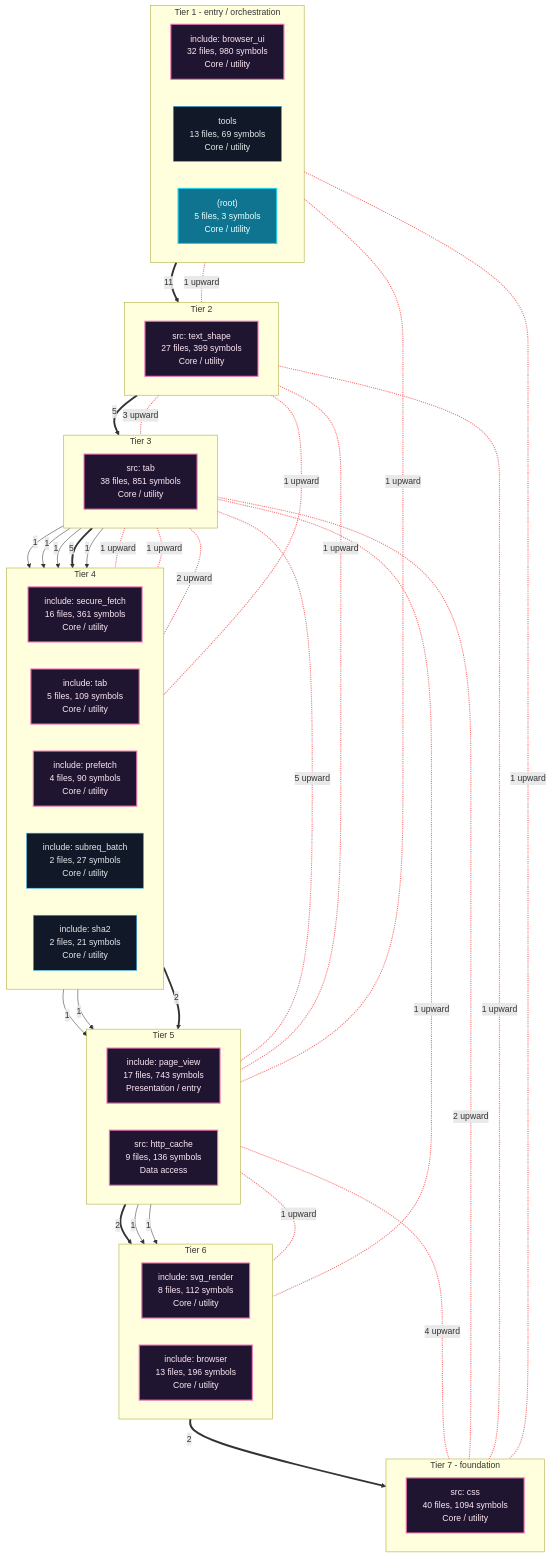
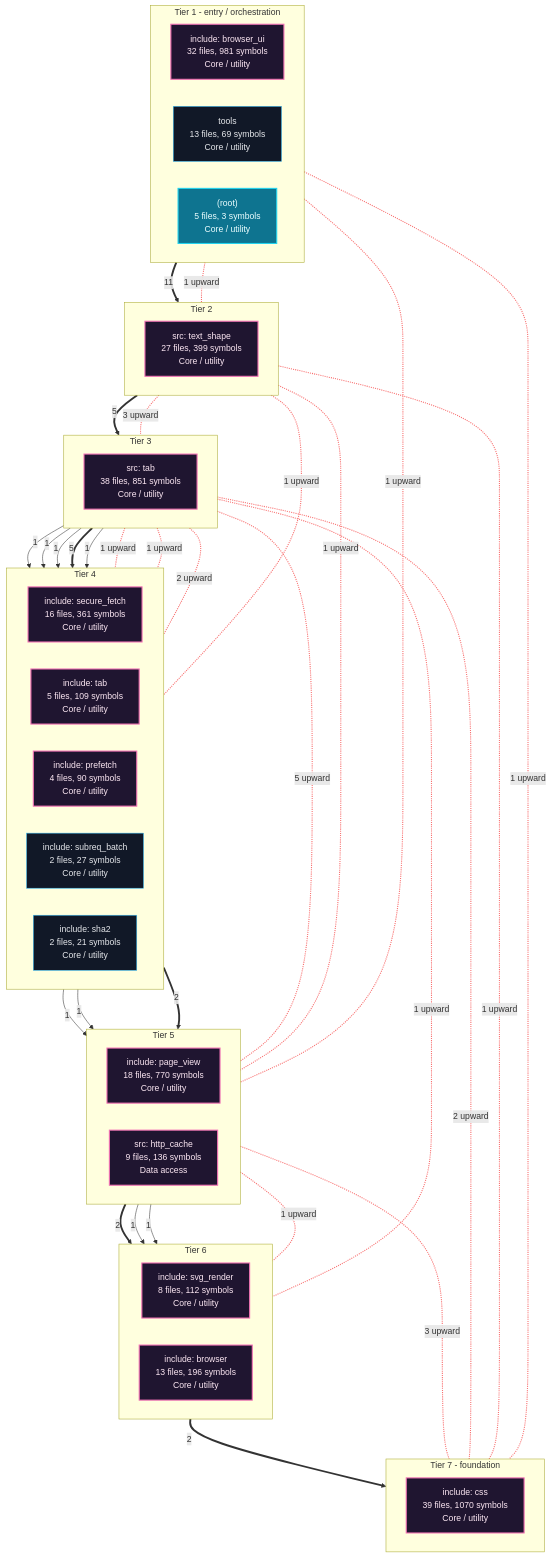
The first of 6 diagrams in readmenator-apidocs/architecture.md (grisuno/FreeDom), drawn with Mermaid before and after one commit. The commit also changed other lines of this file and 162 other files, not shown here.

````diff
--- a/readmenator-apidocs/architecture.md
+++ b/readmenator-apidocs/architecture.md
@@ -11,78 +11,78 @@
 ```mermaid
 flowchart TB
     classDef cycle fill:#1f1530,stroke:#f472b6,color:#fce7f3,stroke-width:2px;
     classDef default fill:#111827,stroke:#38bdf8,color:#e5e7eb;
     classDef entry fill:#0e7490,stroke:#22d3ee,color:#ecfeff,stroke-width:2px;
     subgraph lane_0["Tier 1 - entry / orchestration"]
         direction LR
-        n_c2["include: browser_ui<br/>32 files, 980 symbols<br/>Core / utility"]:::cycle
+        n_c2["include: browser_ui<br/>32 files, 981 symbols<br/>Core / utility"]:::cycle
         n_d_tools["tools<br/>13 files, 69 symbols<br/>Core / utility"]:::default
         n_d__root_["(root)<br/>5 files, 3 symbols<br/>Core / utility"]:::entry
     end
     subgraph lane_1["Tier 2"]
         direction LR
         n_c3["src: text_shape<br/>27 files, 399 symbols<br/>Core / utility"]:::cycle
     end
     subgraph lane_2["Tier 3"]
         direction LR
         n_c1["src: tab<br/>38 files, 851 symbols<br/>Core / utility"]:::cycle
     end
     subgraph lane_3["Tier 4"]
         direction LR
         n_c5["include: secure_fetch<br/>16 files, 361 symbols<br/>Core / utility"]:::cycle
         n_c9["include: tab<br/>5 files, 109 symbols<br/>Core / utility"]:::cycle
         n_c10["include: prefetch<br/>4 files, 90 symbols<br/>Core / utility"]:::cycle
         n_c12["include: subreq_batch<br/>2 files, 27 symbols<br/>Core / utility"]:::default
         n_c11["include: sha2<br/>2 files, 21 symbols<br/>Core / utility"]:::default
     end
     subgraph lane_4["Tier 5"]
         direction LR
-        n_c4["include: page_view<br/>17 files, 743 symbols<br/>Presentation / entry"]:::cycle
+        n_c4["include: page_view<br/>18 files, 770 symbols<br/>Core / utility"]:::cycle
         n_c7["src: http_cache<br/>9 files, 136 symbols<br/>Data access"]:::cycle
     end
     subgraph lane_5["Tier 6"]
         direction LR
         n_c8["include: svg_render<br/>8 files, 112 symbols<br/>Core / utility"]:::cycle
         n_c6["include: browser<br/>13 files, 196 symbols<br/>Core / utility"]:::cycle
     end
     subgraph lane_6["Tier 7 - foundation"]
         direction LR
-        n_c0["src: css<br/>40 files, 1094 symbols<br/>Core / utility"]:::cycle
+        n_c0["include: css<br/>39 files, 1070 symbols<br/>Core / utility"]:::cycle
     end
     n_c1 -->|"1"| n_c10
     n_c1 -->|"1"| n_c11
     n_c1 -->|"1"| n_c12
     n_c1 ==>|"5"| n_c5
     n_c1 -->|"1"| n_c9
     n_c2 ==>|"11"| n_c3
     n_c3 ==>|"5"| n_c1
     n_c4 ==>|"2"| n_c6
     n_c4 -->|"1"| n_c8
     n_c5 -->|"1"| n_c4
     n_c5 -->|"1"| n_c7
     n_c7 -->|"1"| n_c6
     n_c8 ==>|"2"| n_c0
     n_c9 ==>|"2"| n_c4
     n_c1 <-.-|"2 upward"| n_c0
     n_c2 <-.-|"1 upward"| n_c0
     n_c3 <-.-|"1 upward"| n_c0
-    n_c4 <-.-|"4 upward"| n_c0
+    n_c4 <-.-|"3 upward"| n_c0
     n_c3 <-.-|"3 upward"| n_c1
     n_c1 <-.-|"1 upward"| n_c10
     n_c2 <-.-|"1 upward"| n_c3
     n_c1 <-.-|"5 upward"| n_c4
     n_c3 <-.-|"1 upward"| n_c4
     n_c1 <-.-|"1 upward"| n_c5
     n_c3 <-.-|"1 upward"| n_c5
     n_c1 <-.-|"1 upward"| n_c6
     n_c2 <-.-|"1 upward"| n_c7
     n_c4 <-.-|"1 upward"| n_c8
     n_c1 <-.-|"2 upward"| n_c9
     linkStyle 14,15,16,17,18,19,20,21,22,23,24,25,26,27,28 stroke:#f87171,stroke-width:2px;
     n_c2 ~~~ n_c3
     n_c3 ~~~ n_c1
     n_c1 ~~~ n_c5
     n_c5 ~~~ n_c4
     n_c4 ~~~ n_c8
     n_c8 ~~~ n_c0
 ```
````
